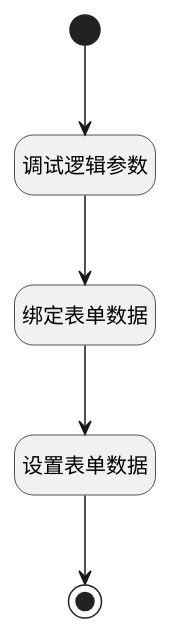
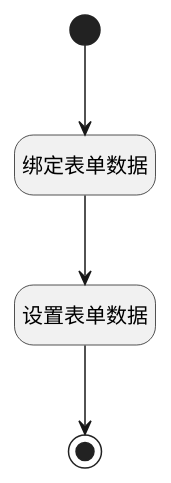
The diagram in doc/docsify/module/TestMgmt/test_case/uilogic/choose_case_template.md (iBizLab/plm), drawn with PlantUML before and after one commit. The commit also changed other lines of this file and 1068 other files, not shown here.

````diff
--- a/doc/docsify/module/TestMgmt/test_case/uilogic/choose_case_template.md
+++ b/doc/docsify/module/TestMgmt/test_case/uilogic/choose_case_template.md
@@ -7,25 +7,23 @@
 ```plantuml
 @startuml
 hide footbox
 <style>
 root {
   HyperlinkColor #42b983
 }
 </style>
 
 hide empty description
 state "开始" as Begin <<start>> [[$./choose_case_template#begin {开始}]]
+state "结束" as END1 <<end>> [[$./choose_case_template#end1 {结束}]]
+state "绑定表单数据" as PREPAREJSPARAM1  [[$./choose_case_template#preparejsparam1 {绑定表单数据}]]
 state "设置表单数据" as PREPAREJSPARAM2  [[$./choose_case_template#preparejsparam2 {设置表单数据}]]
-state "结束" as END1 <<end>> [[$./choose_case_template#end1 {结束}]]
-state "调试逻辑参数" as DEBUGPARAM1  [[$./choose_case_template#debugparam1 {调试逻辑参数}]]
-state "绑定表单数据" as PREPAREJSPARAM1  [[$./choose_case_template#preparejsparam1 {绑定表单数据}]]
 
 
-Begin --> DEBUGPARAM1
-DEBUGPARAM1 --> PREPAREJSPARAM1
+Begin --> PREPAREJSPARAM1
 PREPAREJSPARAM1 --> PREPAREJSPARAM2
 PREPAREJSPARAM2 --> END1
 
 
 @enduml
 ```
````
